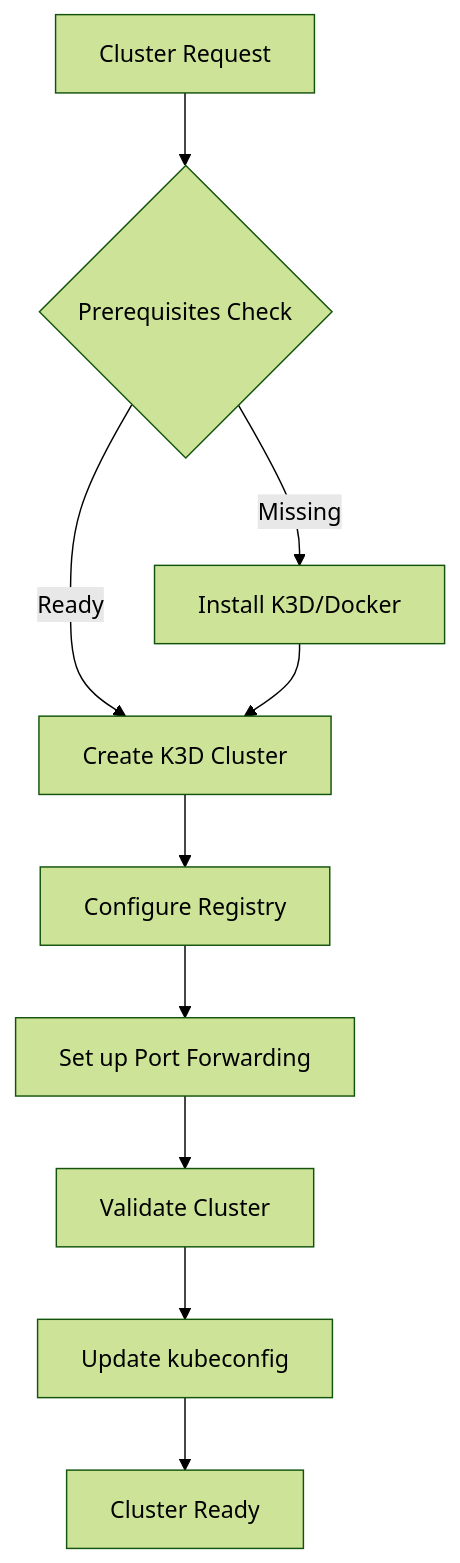
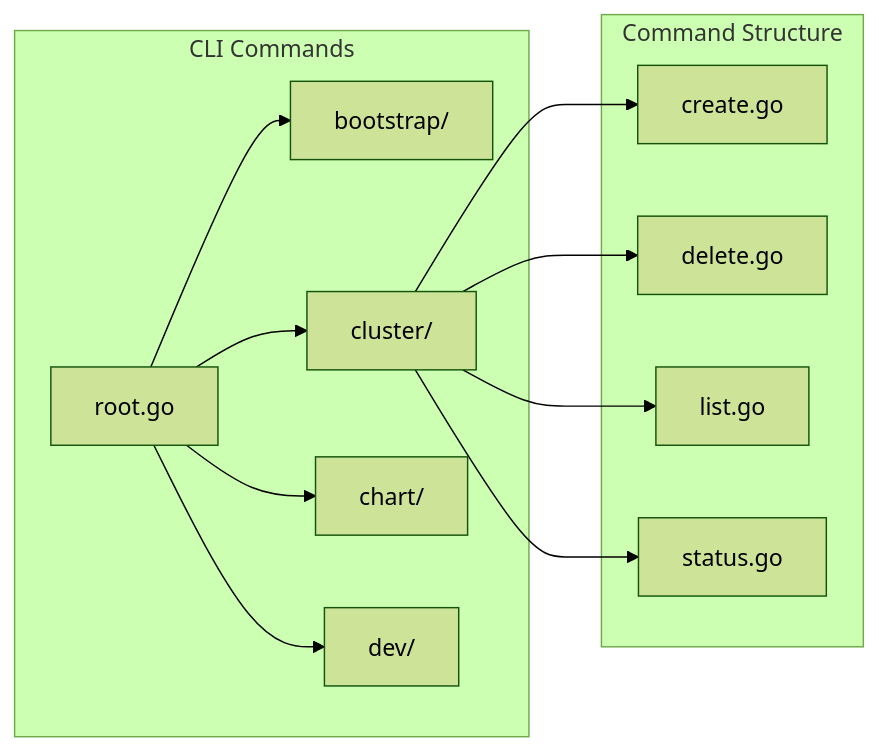
One commit to Praesto-Pro/openframe-cli changed the second of 7 diagrams in docs/development/architecture/README.md. Above: the diagram before and after it, drawn with Mermaid (forest theme). The commit also changed other lines of this file and 22 other files, not shown here.

````diff
--- a/docs/development/architecture/README.md
+++ b/docs/development/architecture/README.md
@@ -143,12 +145,22 @@
 ```mermaid
-flowchart TD
-    A[Cluster Request] --> B{Prerequisites Check}
-    B -->|Missing| C[Install K3D/Docker]
-    B -->|Ready| D[Create K3D Cluster]
-    C --> D
-    D --> E[Configure Registry]
-    E --> F[Set up Port Forwarding]
-    F --> G[Validate Cluster]
-    G --> H[Update kubeconfig]
-    H --> I[Cluster Ready]
+graph LR
+    subgraph "CLI Commands"
+        Root[root.go]
+        Bootstrap[bootstrap/]
+        Cluster[cluster/]
+        Chart[chart/]
+        Dev[dev/]
+    end
+    
+    subgraph "Command Structure"
+        Root --> Bootstrap
+        Root --> Cluster
+        Root --> Chart
+        Root --> Dev
+        
+        Cluster --> Create[create.go]
+        Cluster --> Delete[delete.go]
+        Cluster --> List[list.go]
+        Cluster --> Status[status.go]
+    end
 ```
````
